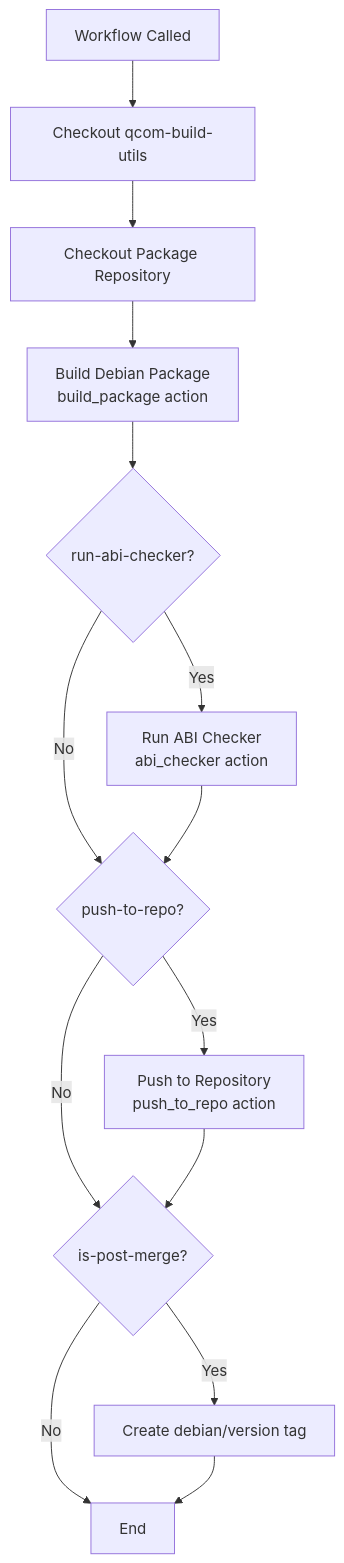
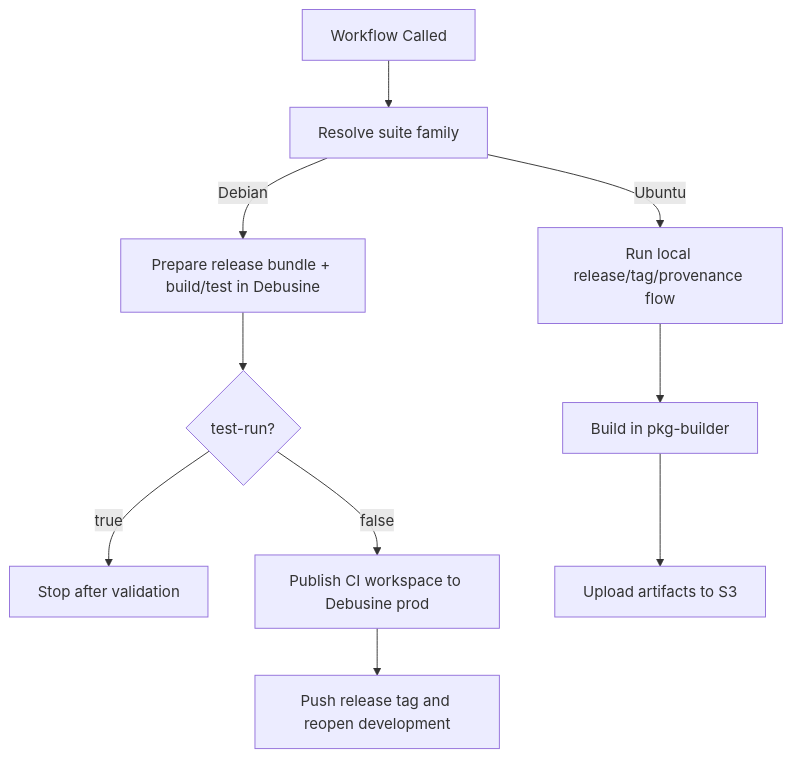
One commit to xinlon-z/qcom-build-utils changed the second of 7 diagrams in docs/reusable-workflows.md. Above: the diagram before and after it, drawn with Mermaid. The commit also changed other lines of this file and 12 other files, not shown here.

First line of the commit message:
Integrate Debusine-backed package workflows

````diff
--- a/docs/reusable-workflows.md
+++ b/docs/reusable-workflows.md
@@ -27,16 +117,12 @@
 ```mermaid
 flowchart TD
-    A[Workflow Called] --> B[Checkout qcom-build-utils]
-    B --> C[Checkout Package Repository]
-    C --> D[Build Debian Package<br/>build_package action]
-    D --> E{run-abi-checker?}
-    E -->|Yes| F[Run ABI Checker<br/>abi_checker action]
-    E -->|No| G{push-to-repo?}
-    F --> G
-    G -->|Yes| H[Push to Repository<br/>push_to_repo action]
-    G -->|No| I{is-post-merge?}
-    H --> I
-    I -->|Yes| J[Create debian/version tag]
-    I -->|No| K[End]
-    J --> K
+    A[Workflow Called] --> B[Resolve suite family]
+    B -->|Debian| C[Prepare release bundle + build/test in Debusine]
+    C --> D{test-run?}
+    D -->|true| E[Stop after validation]
+    D -->|false| F[Publish CI workspace to Debusine prod]
+    F --> G[Push release tag and reopen development]
+    B -->|Ubuntu| H[Run local release/tag/provenance flow]
+    H --> I[Build in pkg-builder]
+    I --> J[Upload artifacts to S3]
 ```
````
